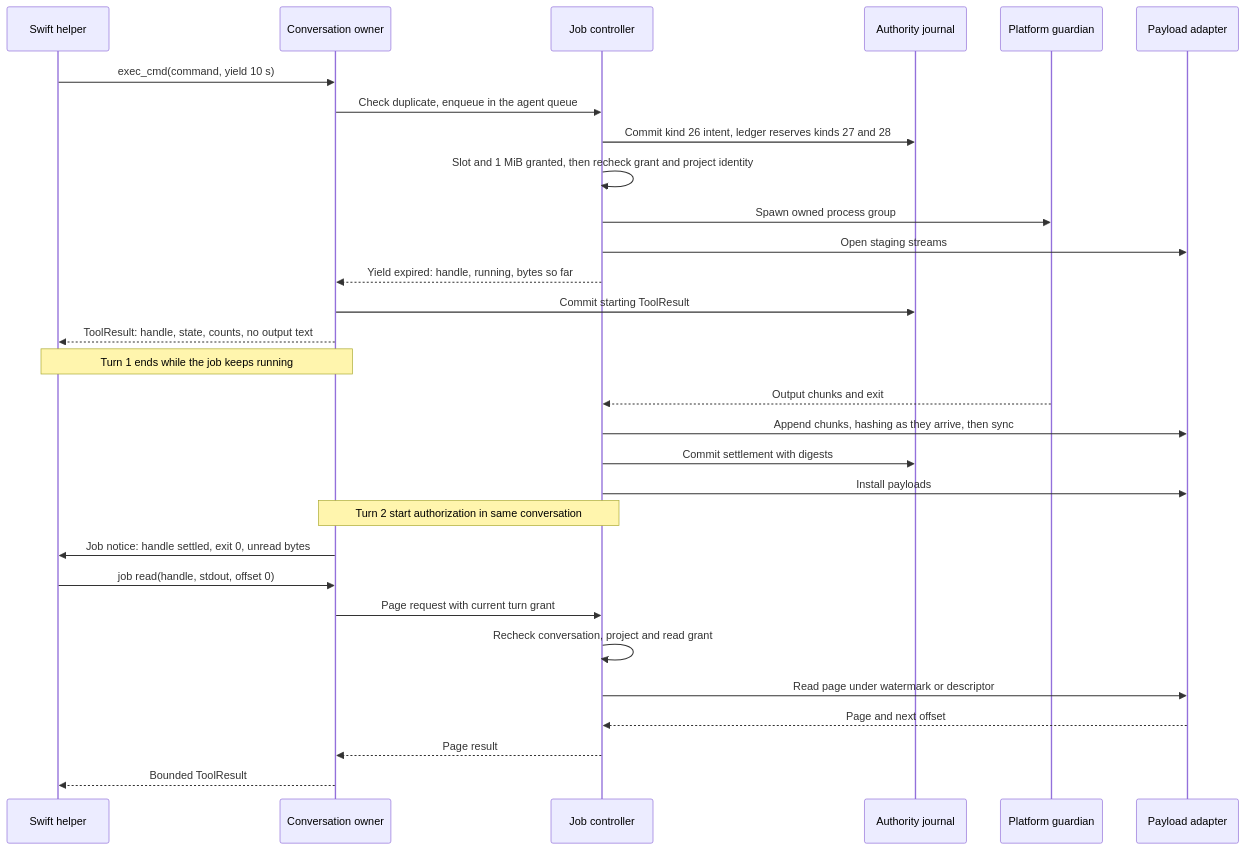
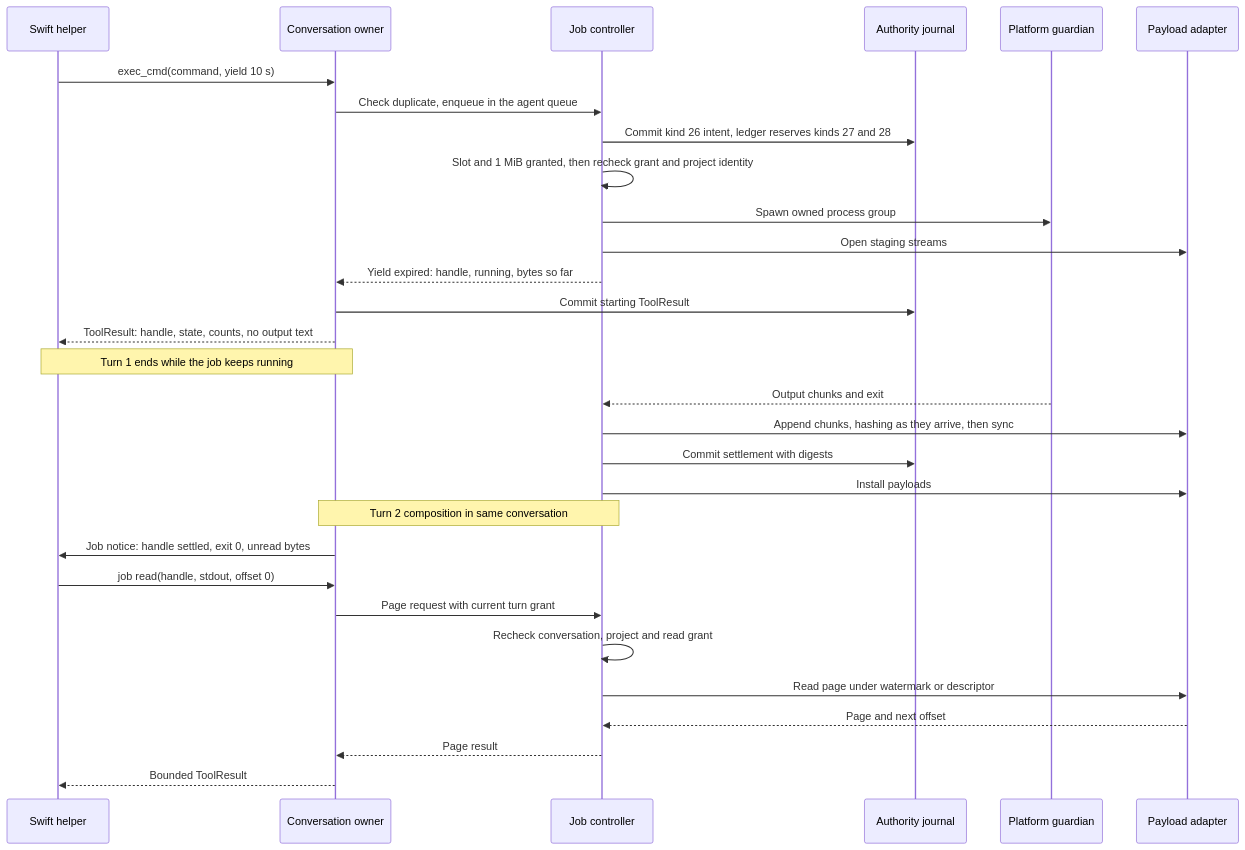
Before and after one commit to pidster/asura: the second of 23 diagrams in docs/designs/tool-job-controller.md, drawn with Mermaid. The commit also changed other lines of this file and 12 other files, not shown here.

````diff
--- a/docs/designs/tool-job-controller.md
+++ b/docs/designs/tool-job-controller.md
@@ -364,32 +373,32 @@
 ```mermaid
 sequenceDiagram
     participant M as Swift helper
     participant C as Conversation owner
     participant K as Job controller
     participant J as Authority journal
     participant G as Platform guardian
     participant S as Payload adapter
     M->>C: exec_cmd(command, yield 10 s)
     C->>K: Check duplicate, enqueue in the agent queue
     K->>J: Commit kind 26 intent, ledger reserves kinds 27 and 28
     K->>K: Slot and 1 MiB granted, then recheck grant and project identity
     K->>G: Spawn owned process group
     K->>S: Open staging streams
     K-->>C: Yield expired: handle, running, bytes so far
     C->>J: Commit starting ToolResult
     C-->>M: ToolResult: handle, state, counts, no output text
     Note over M,C: Turn 1 ends while the job keeps running
     G-->>K: Output chunks and exit
     K->>S: Append chunks, hashing as they arrive, then sync
     K->>J: Commit settlement with digests
     K->>S: Install payloads
-    Note over C,K: Turn 2 start authorization in same conversation
+    Note over C,K: Turn 2 composition in same conversation
     C->>M: Job notice: handle settled, exit 0, unread bytes
     M->>C: job read(handle, stdout, offset 0)
     C->>K: Page request with current turn grant
     K->>K: Recheck conversation, project and read grant
     K->>S: Read page under watermark or descriptor
     S-->>K: Page and next offset
     K-->>C: Page result
     C-->>M: Bounded ToolResult
 ```
````
